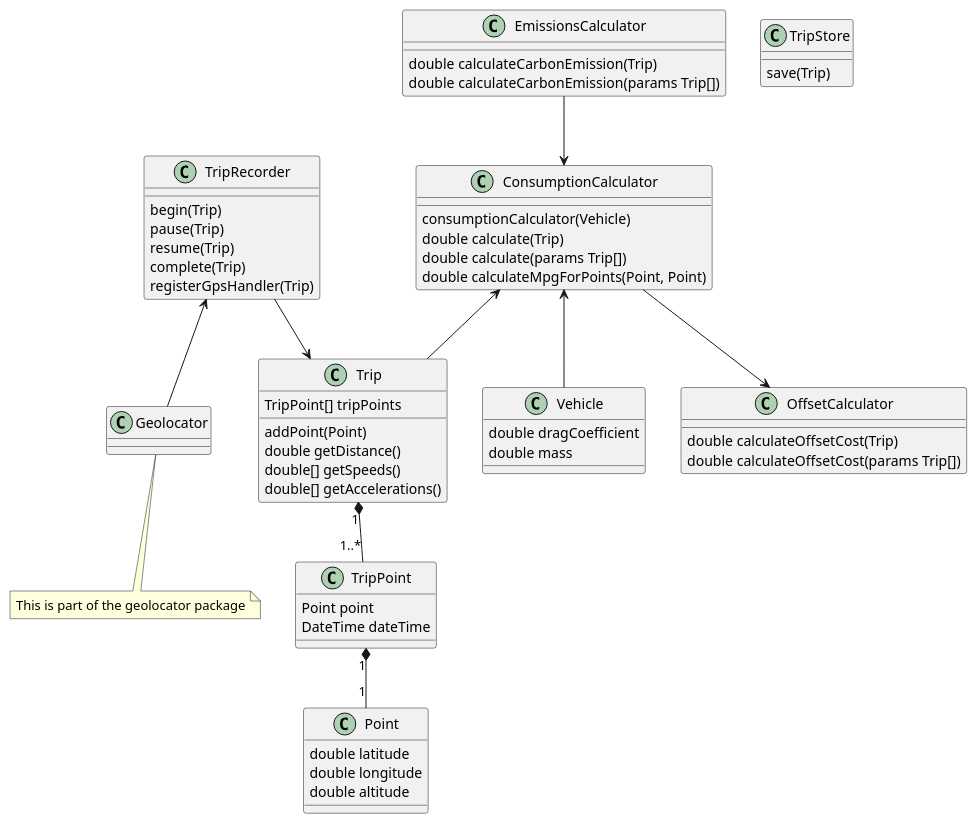
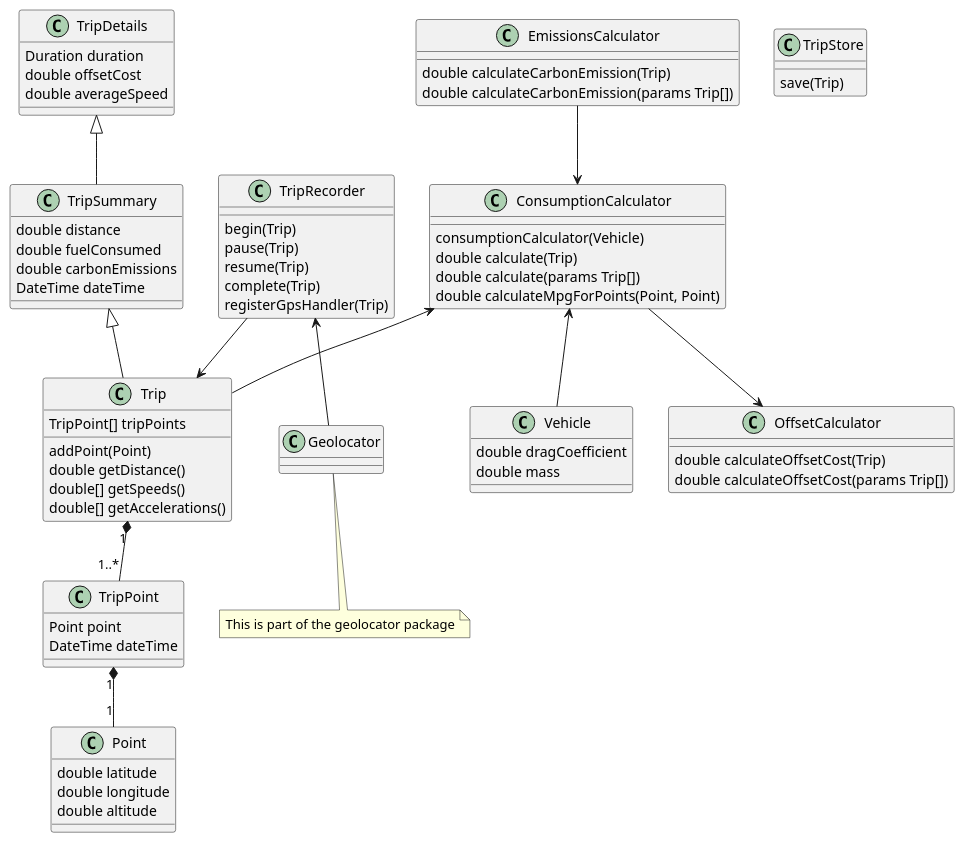
Before and after one commit to Jmorjsm/emissions-offset: the diagram in docs/design_uml.md, drawn with PlantUML.

Commit message:
more uml!

```diff
--- a/docs/design_uml.md
+++ b/docs/design_uml.md
@@ -1,63 +1,76 @@
 @startuml
 'Basic models
 class Point
 Point : double latitude
 Point : double longitude
 Point : double altitude
 
 class TripPoint
 TripPoint : Point point
 TripPoint : DateTime dateTime
 TripPoint "1" *-- "1" Point
 
 class Vehicle
 Vehicle : double dragCoefficient
 Vehicle : double mass
 
 class Trip
 Trip : TripPoint[] tripPoints
 Trip : addPoint(Point)
 Trip : double getDistance()
 Trip : double[] getSpeeds()
 Trip : double[] getAccelerations()
 Trip "1" *-- "1..*" TripPoint
 'TODO add TripDetails and TripSummary inheriting from Trip
+
+class TripSummary
+TripSummary : double distance
+TripSummary : double fuelConsumed
+TripSummary : double carbonEmissions
+TripSummary : DateTime dateTime
+TripSummary <|-- Trip
+
+class TripDetails
+TripDetails : Duration duration
+TripDetails : double offsetCost
+TripDetails : double averageSpeed
+TripDetails <|-- TripSummary
 
 'Trip recording
 'TODO add communication here with geolocator module
 class TripRecorder
 TripRecorder : begin(Trip)
 TripRecorder : pause(Trip)
 TripRecorder : resume(Trip)
 TripRecorder : complete(Trip)
 TripRecorder : registerGpsHandler(Trip)
 TripRecorder --> Trip
 TripRecorder <-- Geolocator
 
 class TripStore
 TripStore : save(Trip)
 
 'Fuel Consumption
 class ConsumptionCalculator
 ConsumptionCalculator : consumptionCalculator(Vehicle)
 ConsumptionCalculator : double calculate(Trip)
 ConsumptionCalculator : double calculate(params Trip[])
 ConsumptionCalculator : double calculateMpgForPoints(Point, Point)
 ConsumptionCalculator <-- Trip
 ConsumptionCalculator <-- Vehicle
 
 'Offset calculation
 class EmissionsCalculator
 EmissionsCalculator : double calculateCarbonEmission(Trip)
 EmissionsCalculator : double calculateCarbonEmission(params Trip[])
 EmissionsCalculator --> ConsumptionCalculator
 
 class OffsetCalculator
 OffsetCalculator : double calculateOffsetCost(Trip)
 OffsetCalculator : double calculateOffsetCost(params Trip[])
 ConsumptionCalculator --> OffsetCalculator
 
 class Geolocator
 note "This is part of the geolocator package" as NGeolocator1
 Geolocator .. NGeolocator1
 @enduml
```
